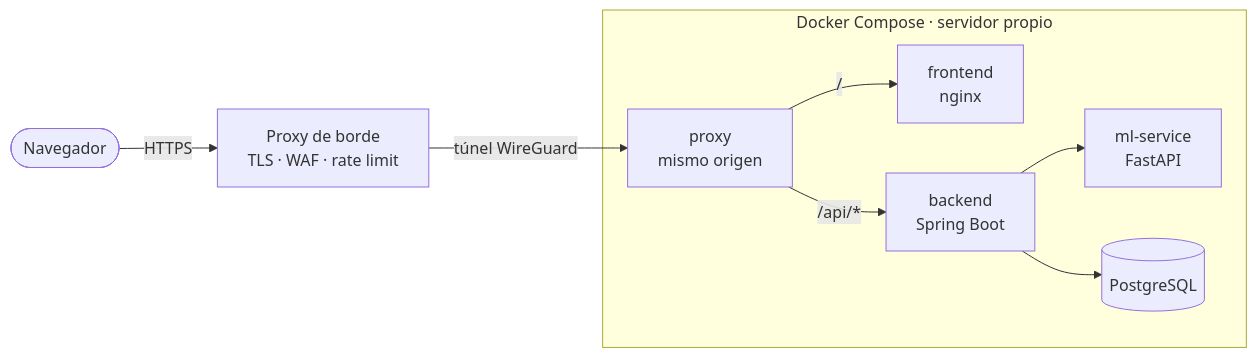
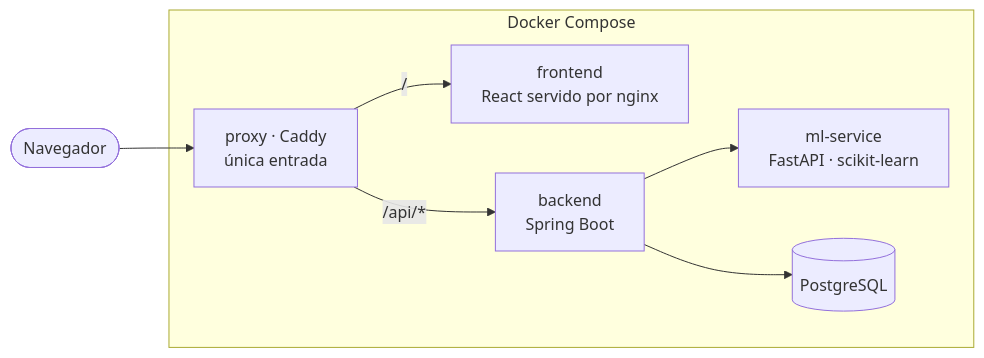
One commit to Neo236/EnergIA changed the diagram in README.md. Above: the diagram before and after it, drawn with Mermaid. The commit also changed other lines of this file and 14 other files, not shown here.

````diff
--- a/README.md
+++ b/README.md
@@ -71,12 +70,14 @@
 ```mermaid
 flowchart LR
-    U(["Navegador"]) -->|HTTPS| CADDY["Proxy de borde<br/>TLS · WAF · rate limit"]
-    CADDY -->|"túnel WireGuard"| PROXY["proxy<br/>mismo origen"]
+    U(["Navegador"])
 
-    subgraph STACK["Docker Compose · servidor propio"]
-        PROXY -->|"/"| F["frontend<br/>nginx"]
+    subgraph STACK["Docker Compose"]
+        PROXY["proxy · Caddy<br/>única entrada"]
+        PROXY -->|"/"| F["frontend<br/>React servido por nginx"]
         PROXY -->|"/api/*"| B["backend<br/>Spring Boot"]
-        B --> ML["ml-service<br/>FastAPI"]
+        B --> ML["ml-service<br/>FastAPI · scikit-learn"]
         B --> DB[("PostgreSQL")]
     end
+
+    U --> PROXY
 ```
````
